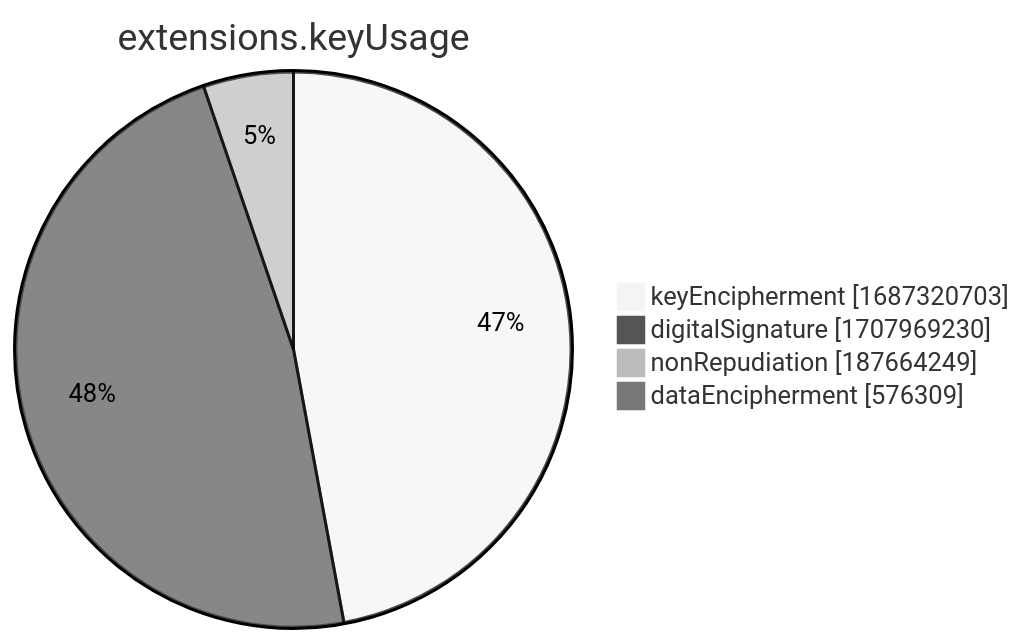
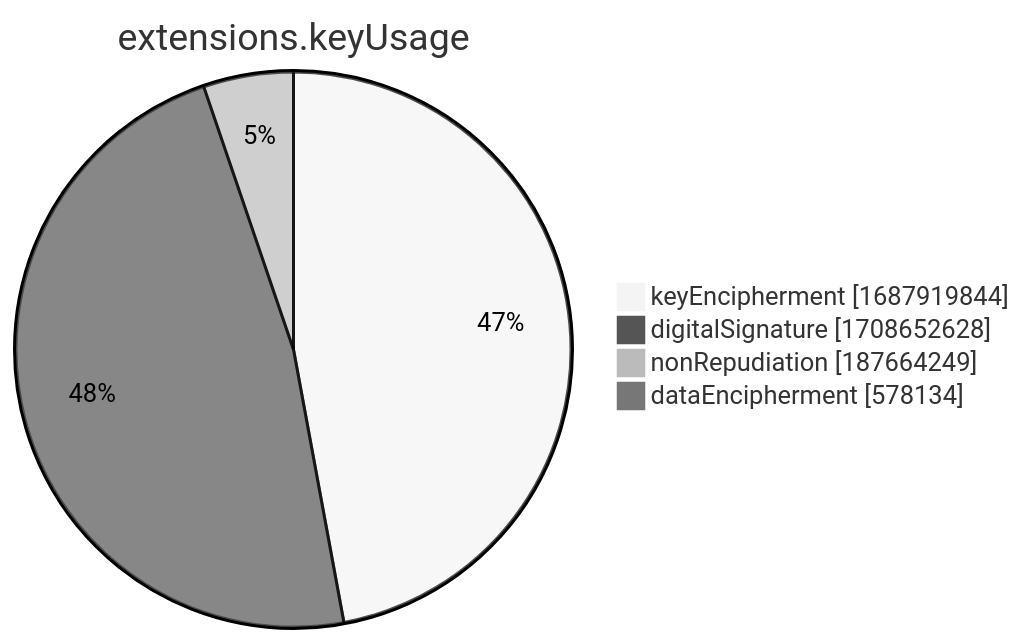
One commit to christiankrug/ctmonitor_visualization changed the seventh of 15 diagrams in xenon2022/README.md. Above: the diagram before and after it, drawn with Mermaid (neutral theme). The commit also changed other lines of this file, not shown here.

````diff
--- a/xenon2022/README.md
+++ b/xenon2022/README.md
@@ -2858,8 +2858,8 @@
 ```mermaid
 pie showData
 title extensions.keyUsage
-"keyEncipherment" :1687320703
-"digitalSignature" :1707969230
+"keyEncipherment" :1687919844
+"digitalSignature" :1708652628
 "nonRepudiation" :187664249
-"dataEncipherment" :576309
+"dataEncipherment" :578134
 ```
````
